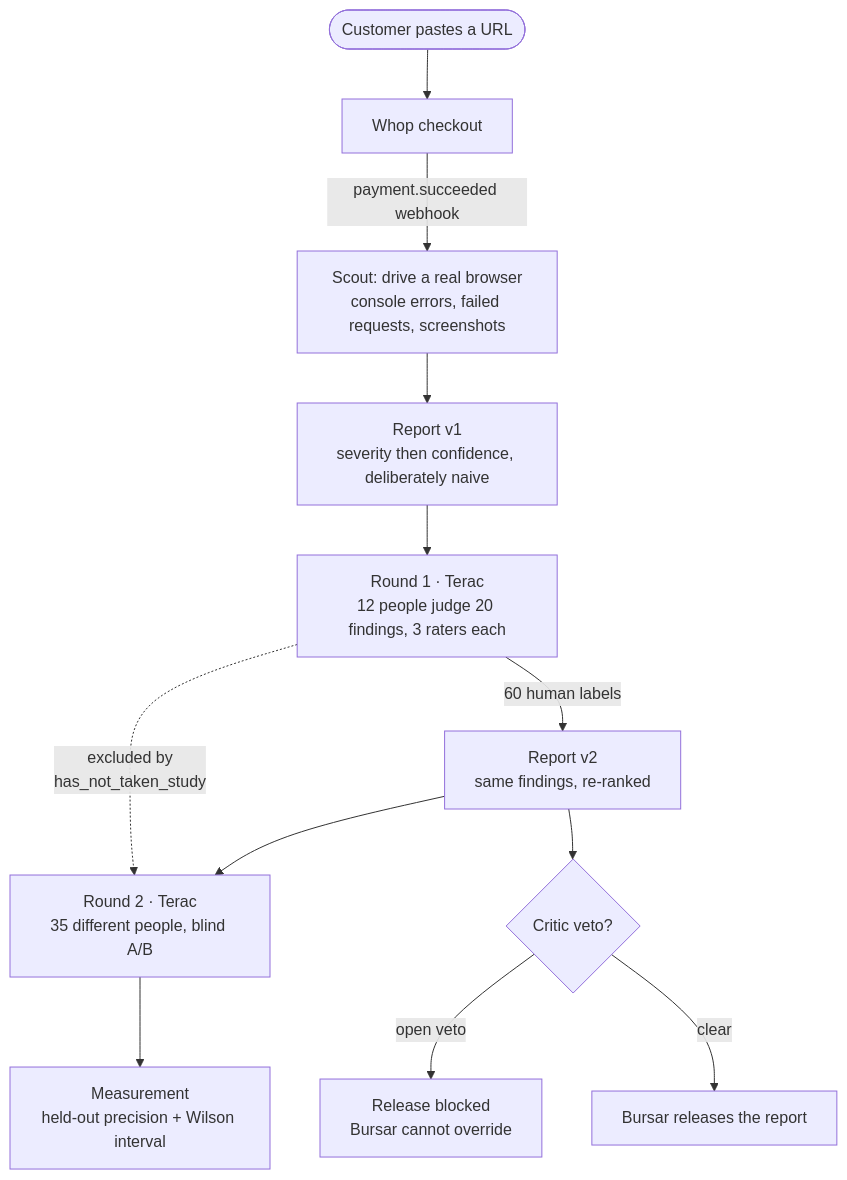
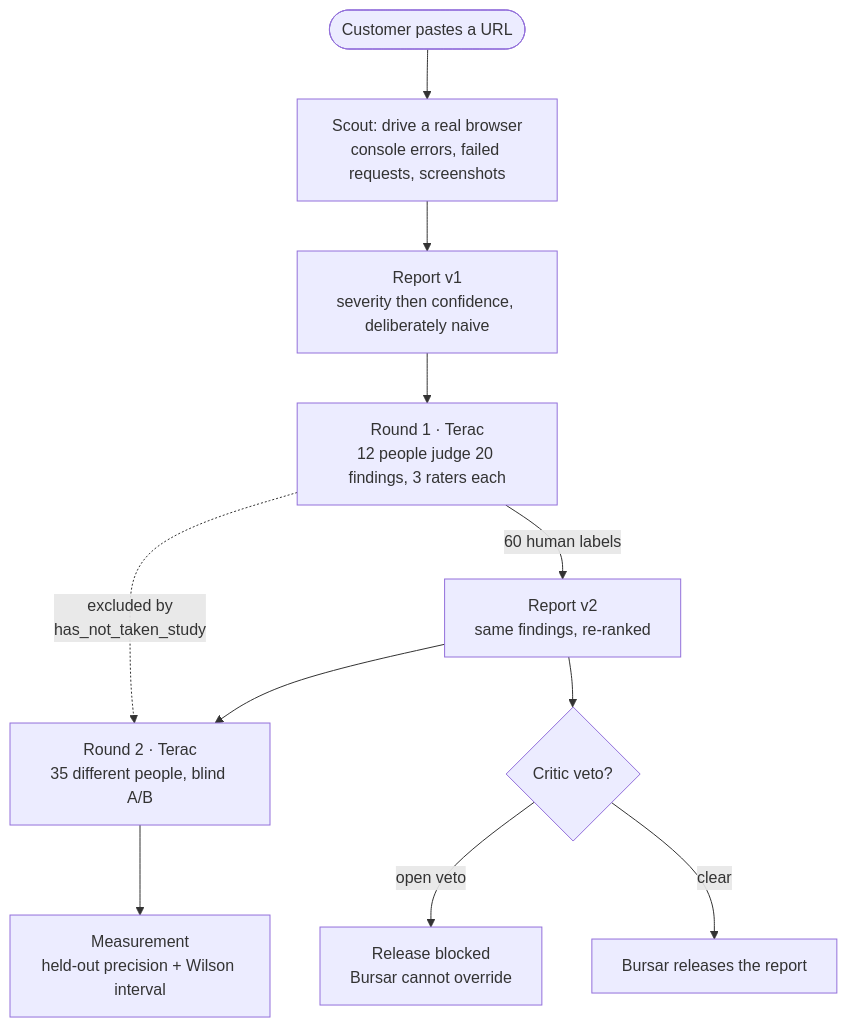
Before and after one commit to quachphu/Overwatch: the diagram in README.md, drawn with Mermaid. The commit also changed other lines of this file and 26 other files, not shown here.

````diff
--- a/README.md
+++ b/README.md
@@ -23,18 +22,17 @@
 ```mermaid
 flowchart TB
-    U([Customer pastes a URL]) --> W[Whop checkout]
-    W -->|payment.succeeded webhook| S[Scout: drive a real browser<br/>console errors, failed requests, screenshots]
+    U([Customer pastes a URL]) --> S[Scout: drive a real browser<br/>console errors, failed requests, screenshots]
     S --> V1[Report v1<br/>severity then confidence, deliberately naive]
 
     V1 --> R1[Round 1 · Terac<br/>12 people judge 20 findings, 3 raters each]
     R1 -->|60 human labels| V2[Report v2<br/>same findings, re-ranked]
 
     V2 --> R2[Round 2 · Terac<br/>35 different people, blind A/B]
     R2 --> M[Measurement<br/>held-out precision + Wilson interval]
 
     V2 --> C{Critic veto?}
     C -->|open veto| BLOCK[Release blocked<br/>Bursar cannot override]
     C -->|clear| REL[Bursar releases the report]
 
     R1 -.->|excluded by<br/>has_not_taken_study| R2
 ```
````
